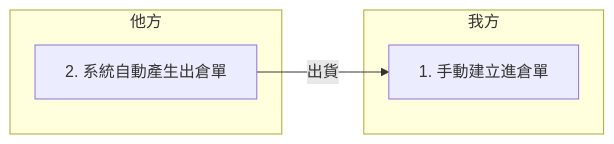
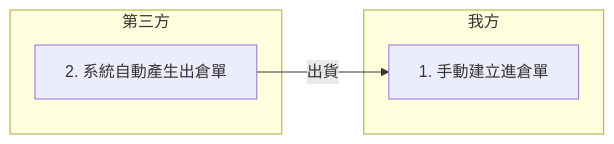
One commit to sinleadpro/zensical-zh-tw changed the first of 4 diagrams in docs/pos/inventory/進倉單.md. Above: the diagram before and after it, drawn with Mermaid. The commit also changed other lines of this file and 183 other files, not shown here.

````diff
--- a/docs/pos/inventory/進倉單.md
+++ b/docs/pos/inventory/進倉單.md
@@ -65,13 +65,13 @@
     ```mermaid
     flowchart LR
 
         subgraph 我方
             A["1. 手動建立進倉單"]
         end
 
-        subgraph 他方
+        subgraph 第三方
             B["2. 系統自動產生出倉單"]
         end
 
         B --出貨--> A
     ```
````
